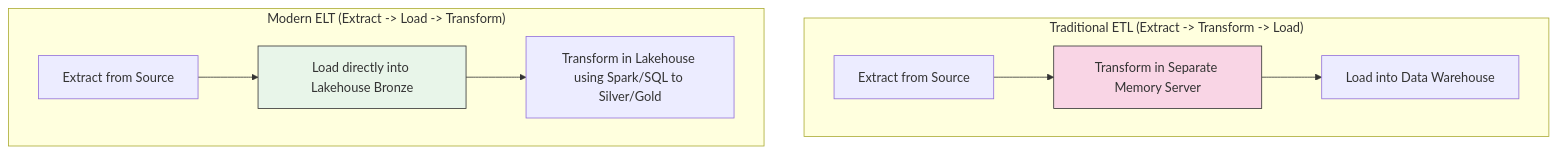
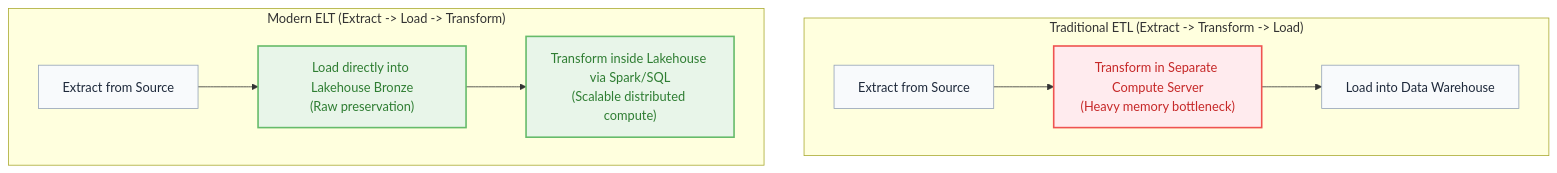
The fifth of 6 diagrams in docs/week01/01-data-lakehouse.md (vuanhtu1993/olist-lakehouse), drawn with Mermaid before and after one commit. The commit also changed other lines of this file, not shown here.

Commit message:
docs: Refactor 01-data-lakehouse

````diff
--- a/docs/week01/01-data-lakehouse.md
+++ b/docs/week01/01-data-lakehouse.md
@@ -140,14 +184,20 @@
 ```mermaid
 graph TD
     subgraph ETL ["Traditional ETL (Extract -> Transform -> Load)"]
-        E1[Extract from Source] --> T1[Transform in Separate Memory Server]
-        T1 --> L1[Load into Data Warehouse]
-        style T1 fill:#f9d5e5,stroke:#333,stroke-width:1px
+        E1["Extract from Source"] --> T1["Transform in Separate Compute Server<br/>(Heavy memory bottleneck)"]
+        T1 --> L1["Load into Data Warehouse"]
     end
 
     subgraph ELT ["Modern ELT (Extract -> Load -> Transform)"]
-        E2[Extract from Source] --> L2[Load directly into Lakehouse Bronze]
-        L2 --> T2[Transform in Lakehouse using Spark/SQL to Silver/Gold]
-        style L2 fill:#e8f5e9,stroke:#333,stroke-width:1px
+        E2["Extract from Source"] --> L2["Load directly into Lakehouse Bronze<br/>(Raw preservation)"]
+        L2 --> T2["Transform inside Lakehouse via Spark/SQL<br/>(Scalable distributed compute)"]
     end
+
+    classDef etlWarn fill:#ffebee,stroke:#ef5350,stroke-width:2px,color:#c62828;
+    classDef eltGood fill:#e8f5e9,stroke:#66bb6a,stroke-width:2px,color:#2e7d32;
+    classDef neutral fill:#f8fafc,stroke:#94a3b8,stroke-width:1px,color:#1e293b;
+
+    class E1,L1,E2 neutral;
+    class T1 etlWarn;
+    class L2,T2 eltGood;
 ```
````
